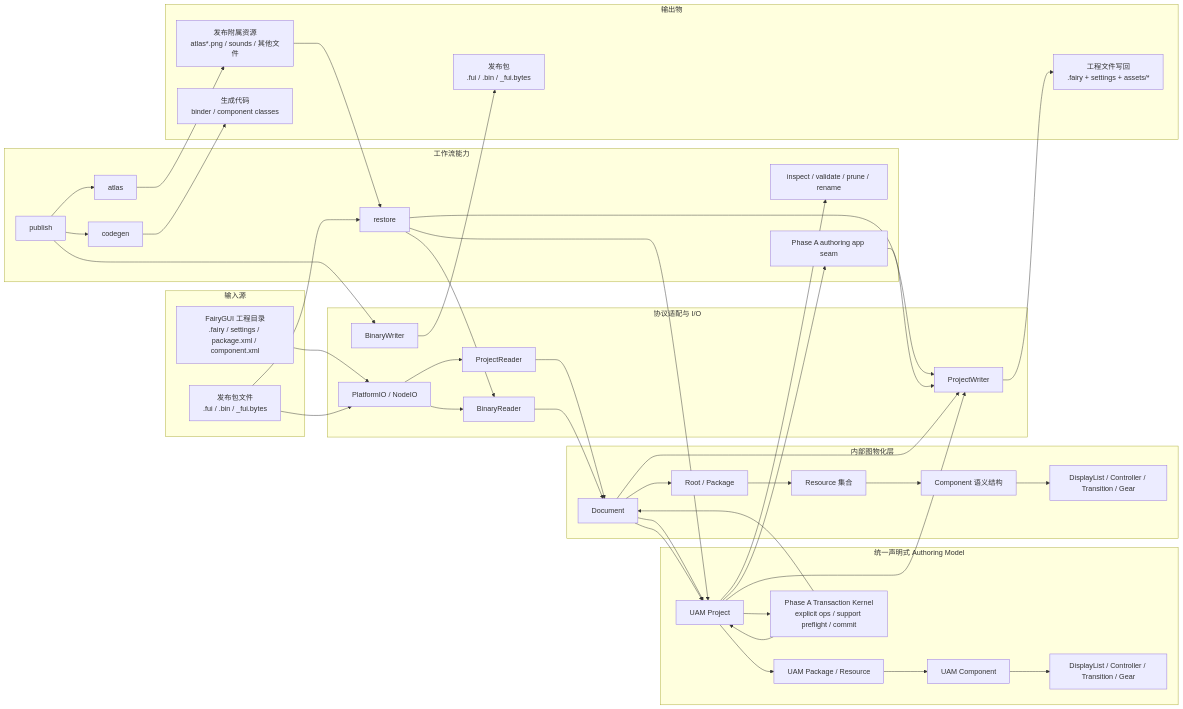
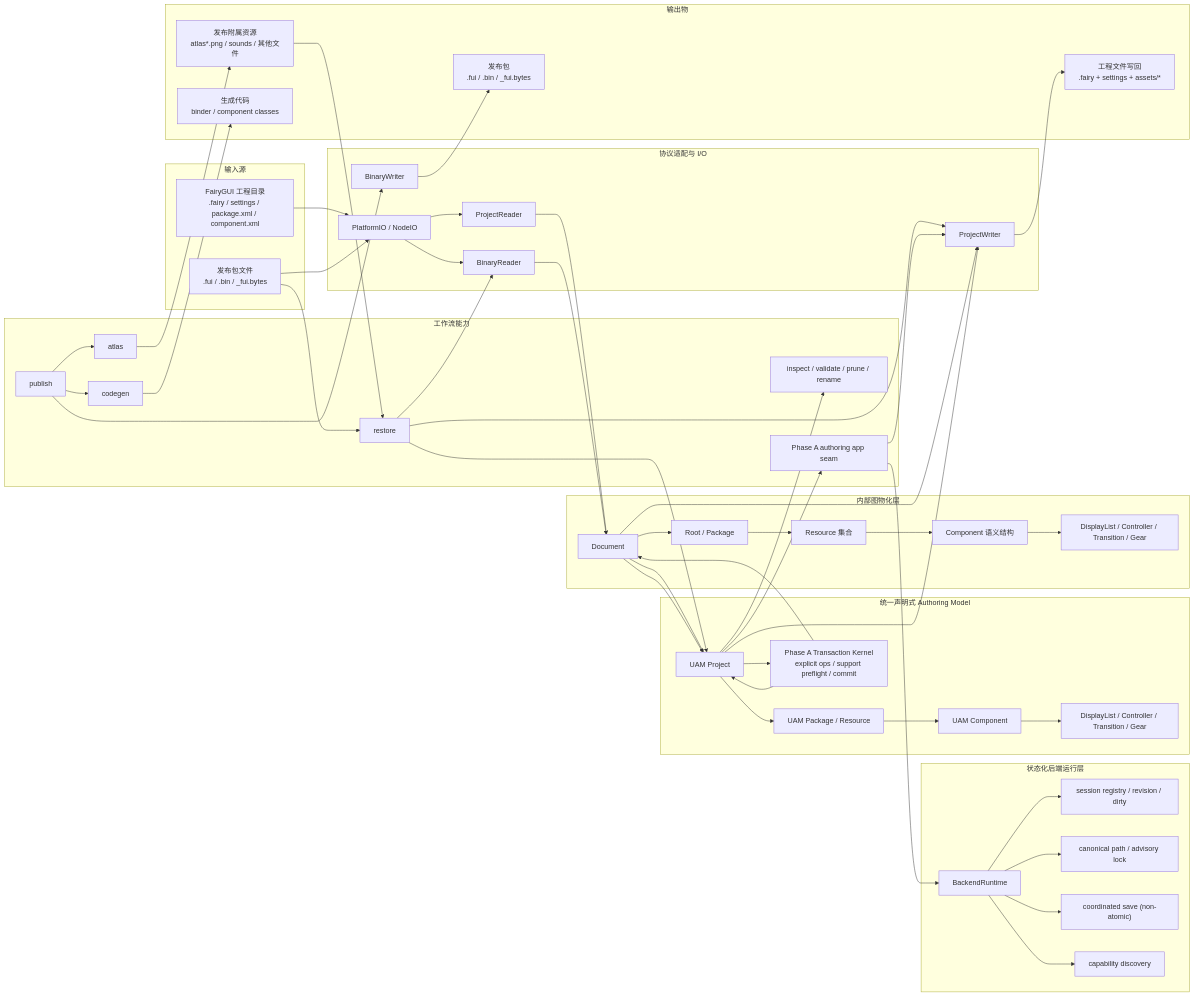
Before and after one commit to OpenFairyGUI/OpenFairyGUI: the first of 2 diagrams in docs/architecture-overview.md, drawn with Mermaid. The commit also changed other lines of this file and 20 other files, not shown here.

First line of the commit message:
feat: add @openfairygui/backend package with stateful backend runtime and session services

```diff
--- a/docs/architecture-overview.md
+++ b/docs/architecture-overview.md
@@ -46,6 +46,14 @@
         CG["codegen"]
     end
 
+    subgraph BE["状态化后端运行层"]
+        RT["BackendRuntime"]
+        SS["session registry / revision / dirty"]
+        LK["canonical path / advisory lock"]
+        SV["coordinated save (non-atomic)"]
+        CAP["capability discovery"]
+    end
+
     subgraph OUT["输出物"]
         PROJOUT["工程文件写回<br/>.fairy + settings + assets/*"]
         BIN["发布包<br/>.fui / .bin / _fui.bytes"]
@@ -65,6 +73,11 @@
     DOC --> ROOT --> RES --> COMP --> UI
     UPROJECT --> OPS
     UPROJECT --> APP
+    APP --> RT
+    RT --> SS
+    RT --> LK
+    RT --> SV
+    RT --> CAP
     PUB --> ATLAS
     PUB --> BW
     PUB --> CG
```
